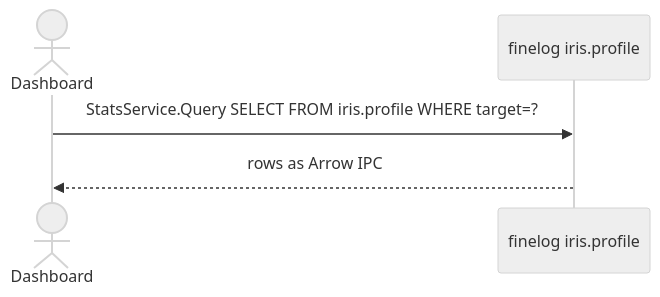
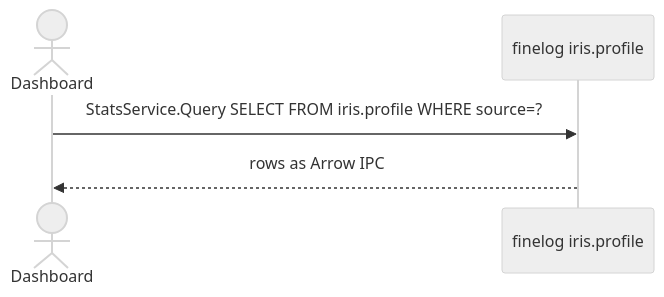
Before and after one commit to nevillelyh/marin: the sixth of 6 diagrams in .agents/projects/iris_profile_to_finelog/design.md, drawn with Mermaid (neutral theme). The commit also changed other lines of this file and 31 other files, not shown here.

First line of the commit message:
[iris] move profile collection to finelog (iris.profile) (#5583)

````diff
--- a/.agents/projects/iris_profile_to_finelog/design.md
+++ b/.agents/projects/iris_profile_to_finelog/design.md
@@ -123,7 +123,7 @@
 ```mermaid
 sequenceDiagram
     actor User as Dashboard
     participant FL as finelog iris.profile
-    User->>FL: StatsService.Query SELECT FROM iris.profile WHERE target=?
+    User->>FL: StatsService.Query SELECT FROM iris.profile WHERE source=?
     FL-->>User: rows as Arrow IPC
 ```
````
